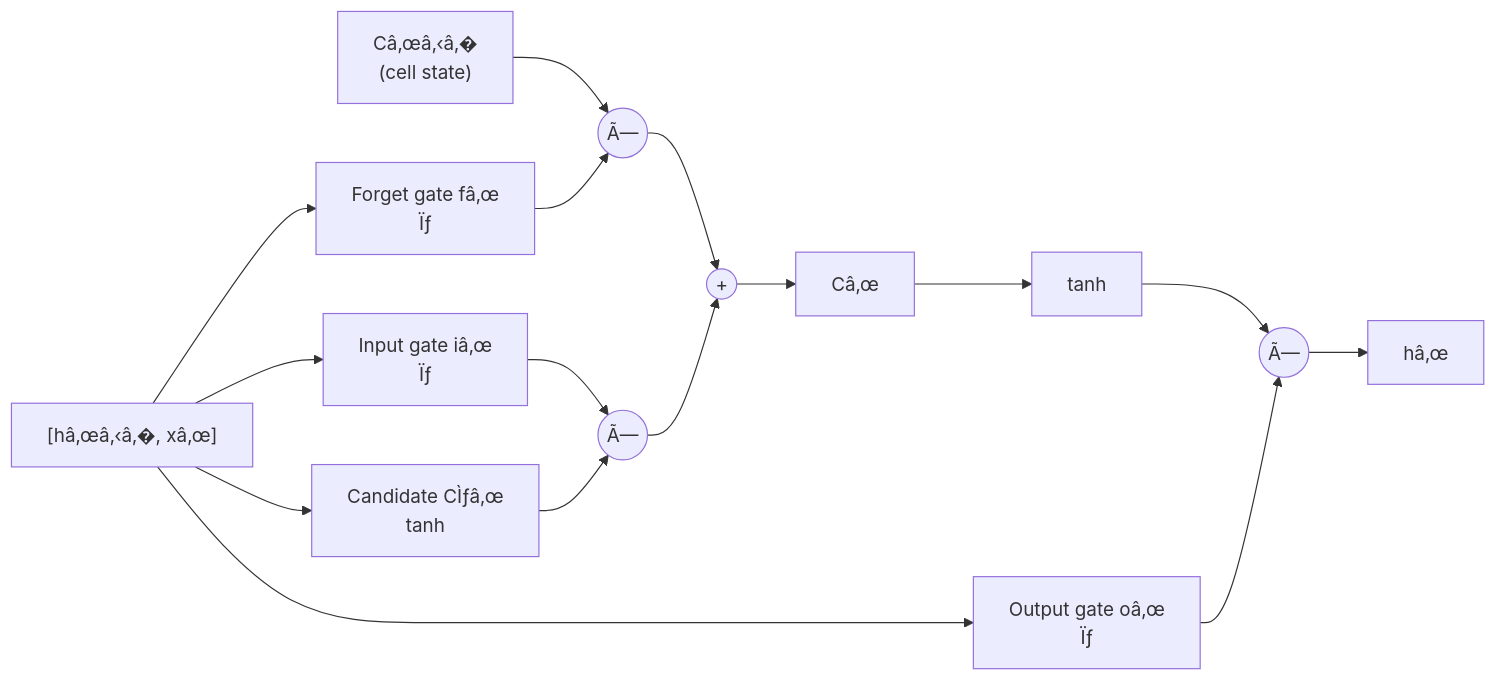
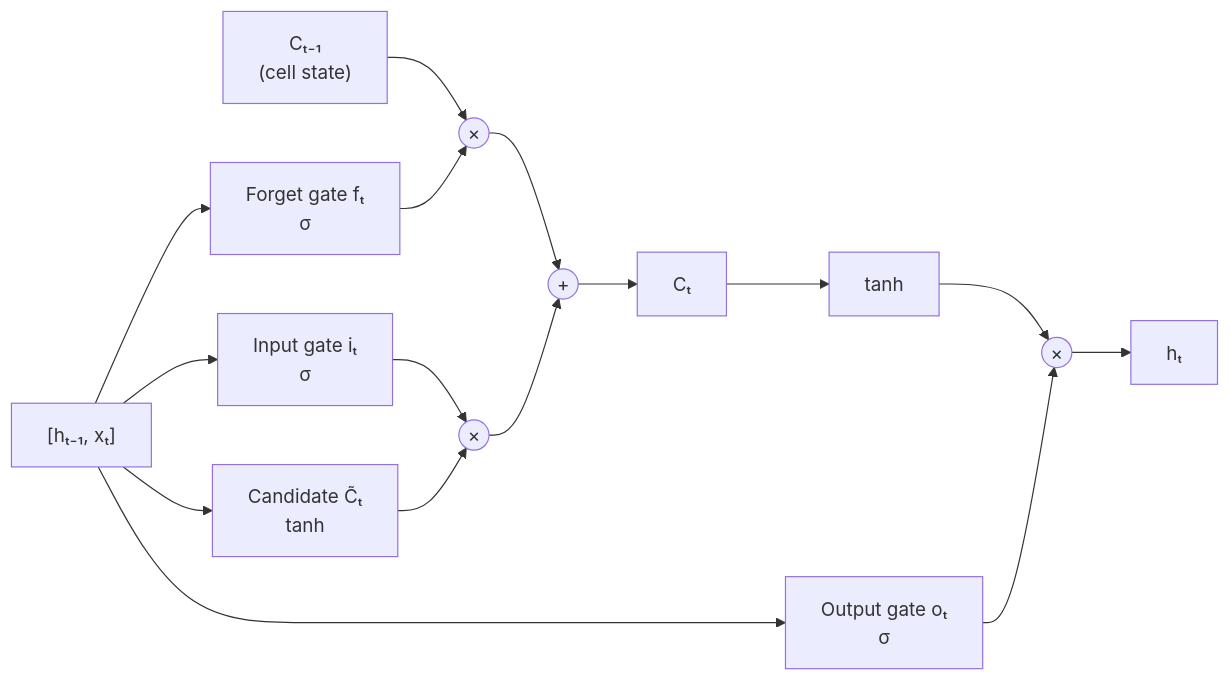
The seventh of 15 diagrams in README.md (cyourth/neural-network-lineage), drawn with Mermaid before and after one commit. The commit also changed other lines of this file, not shown here.

````diff
--- a/README.md
+++ b/README.md
@@ -354,14 +354,14 @@
 ```mermaid
 flowchart LR
-    Cprev["Câ‚œâ‚‹â‚�<br/>(cell state)"] --> X1(("Ã—"))
-    F["Forget gate fâ‚œ<br/>Ïƒ"] --> X1
+    Cprev["Cₜ₋₁<br/>(cell state)"] --> X1(("×"))
+    F["Forget gate fₜ<br/>σ"] --> X1
     X1 --> PLUS(("+"))
-    I["Input gate iâ‚œ<br/>Ïƒ"] --> X2(("Ã—"))
-    G["Candidate CÌƒâ‚œ<br/>tanh"] --> X2
+    I["Input gate iₜ<br/>σ"] --> X2(("×"))
+    G["Candidate C̃ₜ<br/>tanh"] --> X2
     X2 --> PLUS
-    PLUS --> Ct["Câ‚œ"]
-    Ct --> TANH["tanh"] --> X3(("Ã—"))
-    O["Output gate oâ‚œ<br/>Ïƒ"] --> X3
-    X3 --> ht["hâ‚œ"]
-    IN["[hâ‚œâ‚‹â‚�, xâ‚œ]"] --> F & I & G & O
+    PLUS --> Ct["Cₜ"]
+    Ct --> TANH["tanh"] --> X3(("×"))
+    O["Output gate oₜ<br/>σ"] --> X3
+    X3 --> ht["hₜ"]
+    IN["[hₜ₋₁, xₜ]"] --> F & I & G & O
 ```
````
